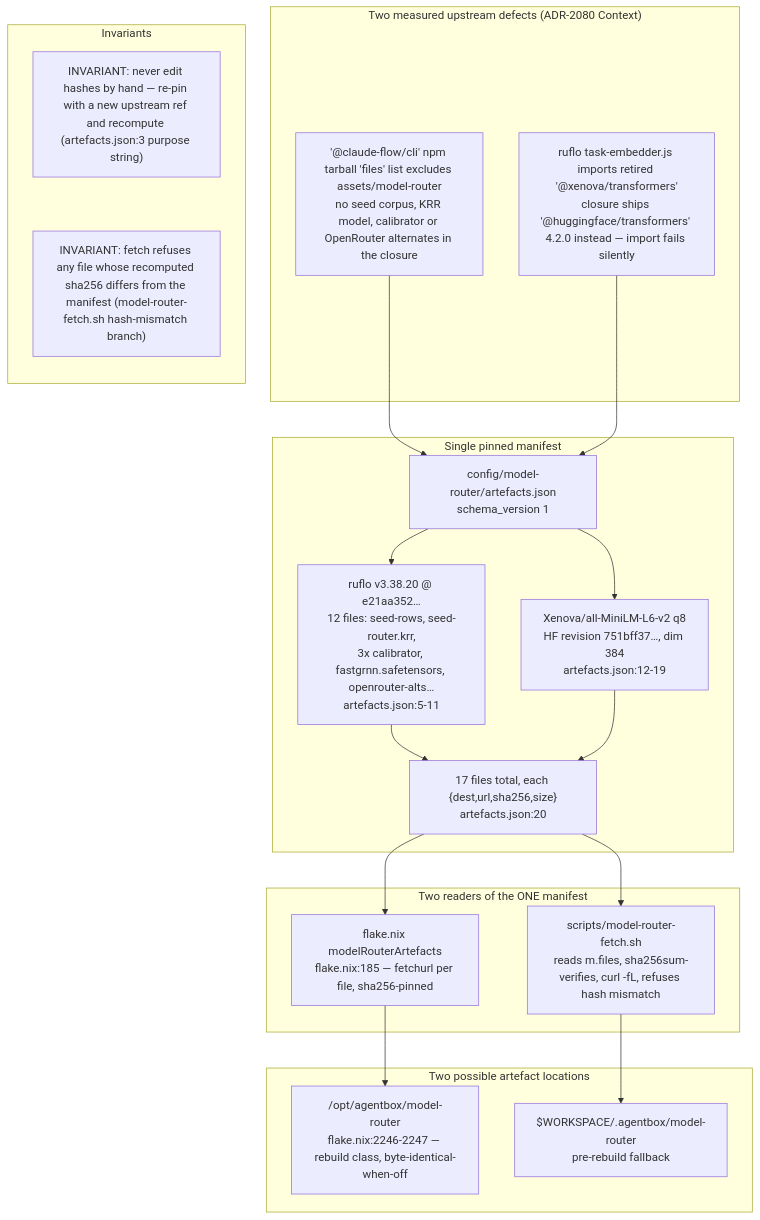
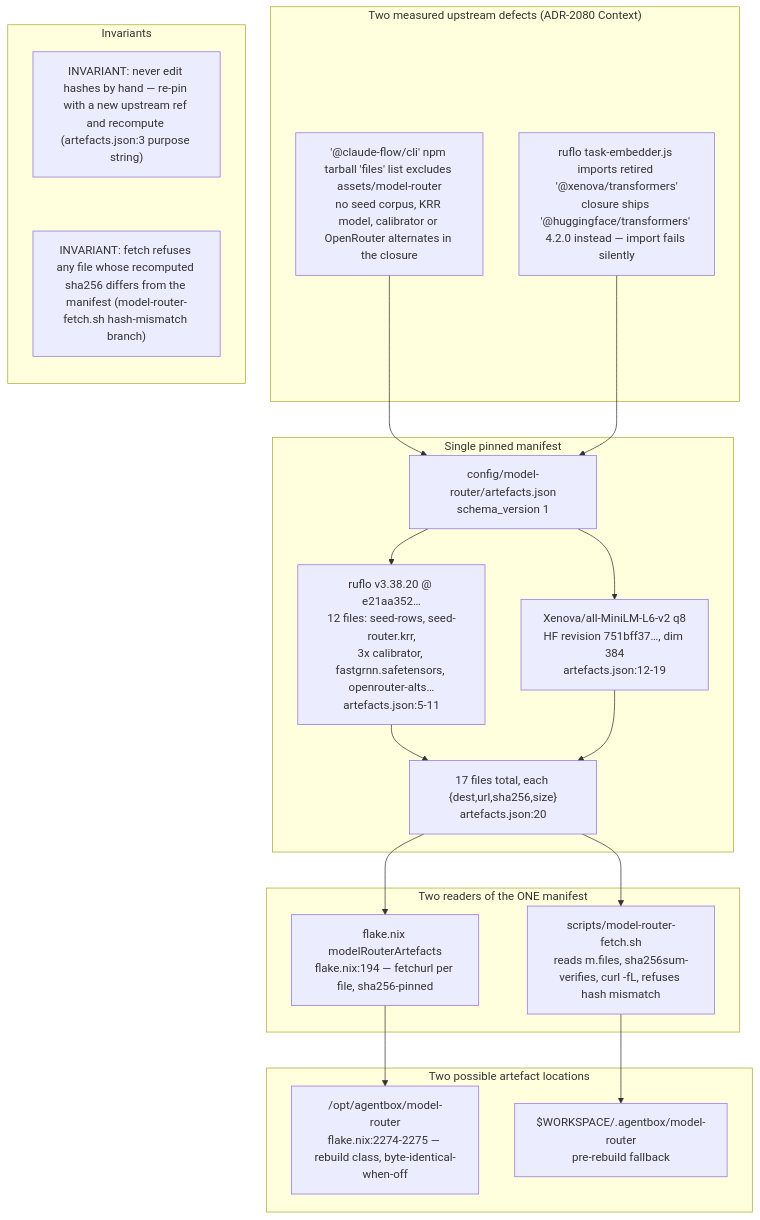
The first of 9 diagrams in docs/diagrams/agentbox/29-metaharness-router-console.md (DreamLab-AI/VisionFlow), drawn with Mermaid before and after one commit. The commit also changed other lines of this file and 154 other files, not shown here.

First line of the commit message:
docs(diagrams): re-stamp 154 topics whose every citation still reads the same text at the current heads

````diff
--- a/docs/diagrams/agentbox/29-metaharness-router-console.md
+++ b/docs/diagrams/agentbox/29-metaharness-router-console.md
@@ -33,33 +33,33 @@
 ```mermaid
 flowchart TB
     subgraph gap["Two measured upstream defects (ADR-2080 Context)"]
         T1["'@claude-flow/cli' npm tarball 'files' list excludes assets/model-router<br/>no seed corpus, KRR model, calibrator or OpenRouter alternates in the closure"]
         T2["ruflo task-embedder.js imports retired '@xenova/transformers'<br/>closure ships '@huggingface/transformers' 4.2.0 instead — import fails silently"]
     end
     subgraph manifest["Single pinned manifest"]
         ART["config/model-router/artefacts.json<br/>schema_version 1"]
         RUFLO["ruflo v3.38.20 @ e21aa352…<br/>12 files: seed-rows, seed-router.krr,<br/>3x calibrator, fastgrnn.safetensors, openrouter-alts…<br/>artefacts.json:5-11"]
         EMB["Xenova/all-MiniLM-L6-v2 q8<br/>HF revision 751bff37…, dim 384<br/>artefacts.json:12-19"]
         FILES["17 files total, each {dest,url,sha256,size}<br/>artefacts.json:20"]
     end
     subgraph readers["Two readers of the ONE manifest"]
-        NIX["flake.nix modelRouterArtefacts<br/>flake.nix:185 — fetchurl per file, sha256-pinned"]
+        NIX["flake.nix modelRouterArtefacts<br/>flake.nix:194 — fetchurl per file, sha256-pinned"]
         FETCH["scripts/model-router-fetch.sh<br/>reads m.files, sha256sum-verifies, curl -fL, refuses hash mismatch"]
     end
     subgraph outputs["Two possible artefact locations"]
-        BAKED["/opt/agentbox/model-router<br/>flake.nix:2246-2247 — rebuild class, byte-identical-when-off"]
+        BAKED["/opt/agentbox/model-router<br/>flake.nix:2274-2275 — rebuild class, byte-identical-when-off"]
         FALLBACK["$WORKSPACE/.agentbox/model-router<br/>pre-rebuild fallback"]
     end
     T1 --> ART
     T2 --> ART
     ART --> RUFLO --> FILES
     ART --> EMB --> FILES
     FILES --> NIX --> BAKED
     FILES --> FETCH --> FALLBACK
     subgraph notes["Invariants"]
         direction TB
         N1["INVARIANT: never edit hashes by hand — re-pin with a new upstream ref and recompute (artefacts.json:3 purpose string)"]
         N2["INVARIANT: fetch refuses any file whose recomputed sha256 differs from the manifest (model-router-fetch.sh hash-mismatch branch)"]
         N1 ~~~ N2
     end
 ```
````
